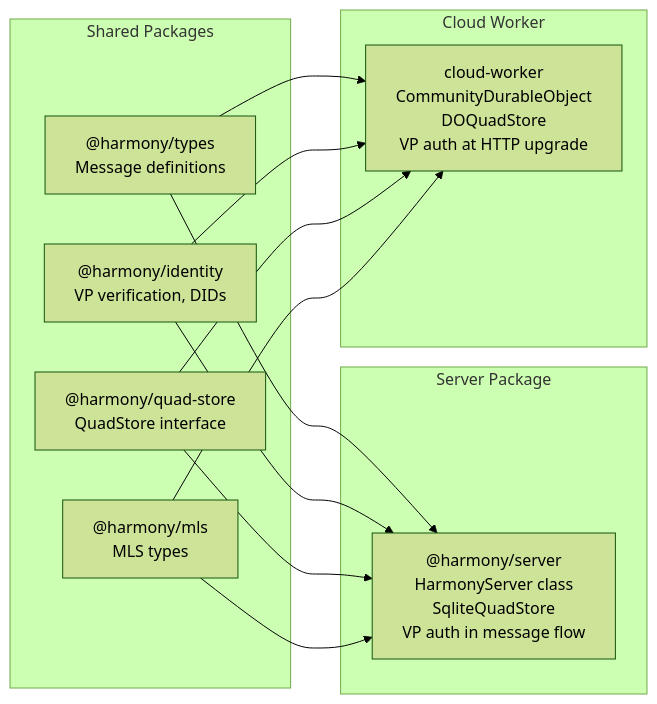
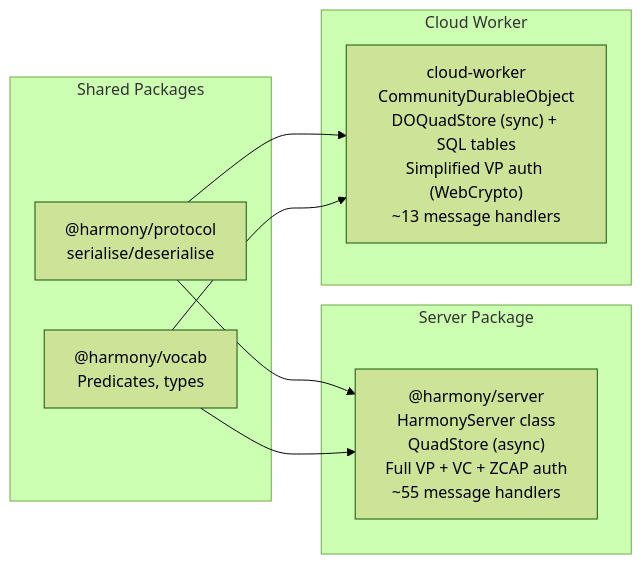
Diagram 41 of 41 in ARCHITECTURE.md (HexaField/harmony), drawn with Mermaid (forest theme) before and after one commit. The commit also changed other lines of this file, not shown here.

Commit message:
docs: update protocol conformance with accurate message type audit (~55 server vs ~13 cloud)

````diff
--- a/ARCHITECTURE.md
+++ b/ARCHITECTURE.md
@@ -1017,26 +1017,20 @@
 ```mermaid
 graph LR
     subgraph "Shared Packages"
-        Types["@harmony/types<br/>Message definitions"]
-        Identity["@harmony/identity<br/>VP verification, DIDs"]
-        QS["@harmony/quad-store<br/>QuadStore interface"]
-        MLSPkg["@harmony/mls<br/>MLS types"]
+        Protocol["@harmony/protocol<br/>serialise/deserialise"]
+        Vocab["@harmony/vocab<br/>Predicates, types"]
     end
 
     subgraph "Server Package"
-        Server["@harmony/server<br/>HarmonyServer class<br/>SqliteQuadStore<br/>VP auth in message flow"]
+        Server["@harmony/server<br/>HarmonyServer class<br/>QuadStore (async)<br/>Full VP + VC + ZCAP auth<br/>~55 message handlers"]
     end
 
     subgraph "Cloud Worker"
-        CW["cloud-worker<br/>CommunityDurableObject<br/>DOQuadStore<br/>VP auth at HTTP upgrade"]
+        CW["cloud-worker<br/>CommunityDurableObject<br/>DOQuadStore (sync) + SQL tables<br/>Simplified VP auth (WebCrypto)<br/>~13 message handlers"]
     end
 
-    Types --> Server
-    Types --> CW
-    Identity --> Server
-    Identity --> CW
-    QS --> Server
-    QS --> CW
-    MLSPkg --> Server
-    MLSPkg --> CW
+    Protocol --> Server
+    Protocol --> CW
+    Vocab --> Server
+    Vocab --> CW
 ```
````
